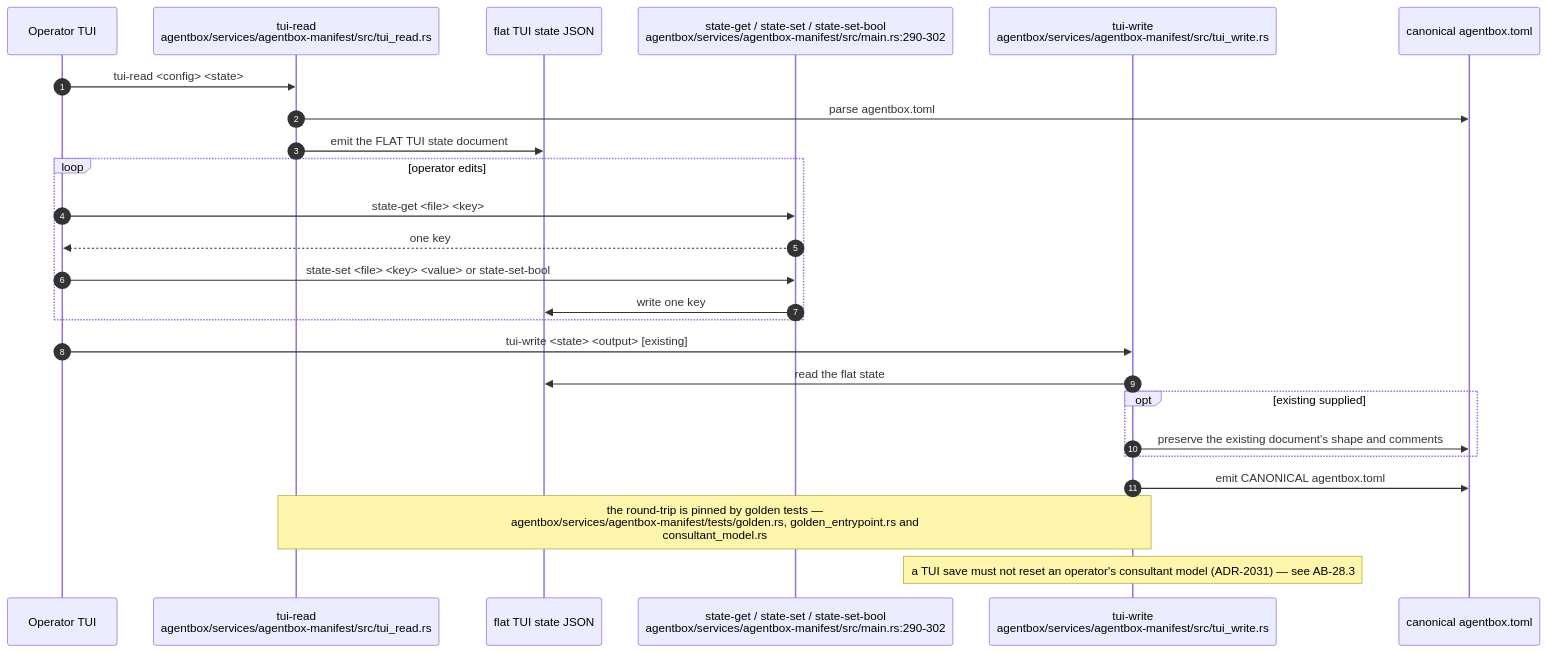
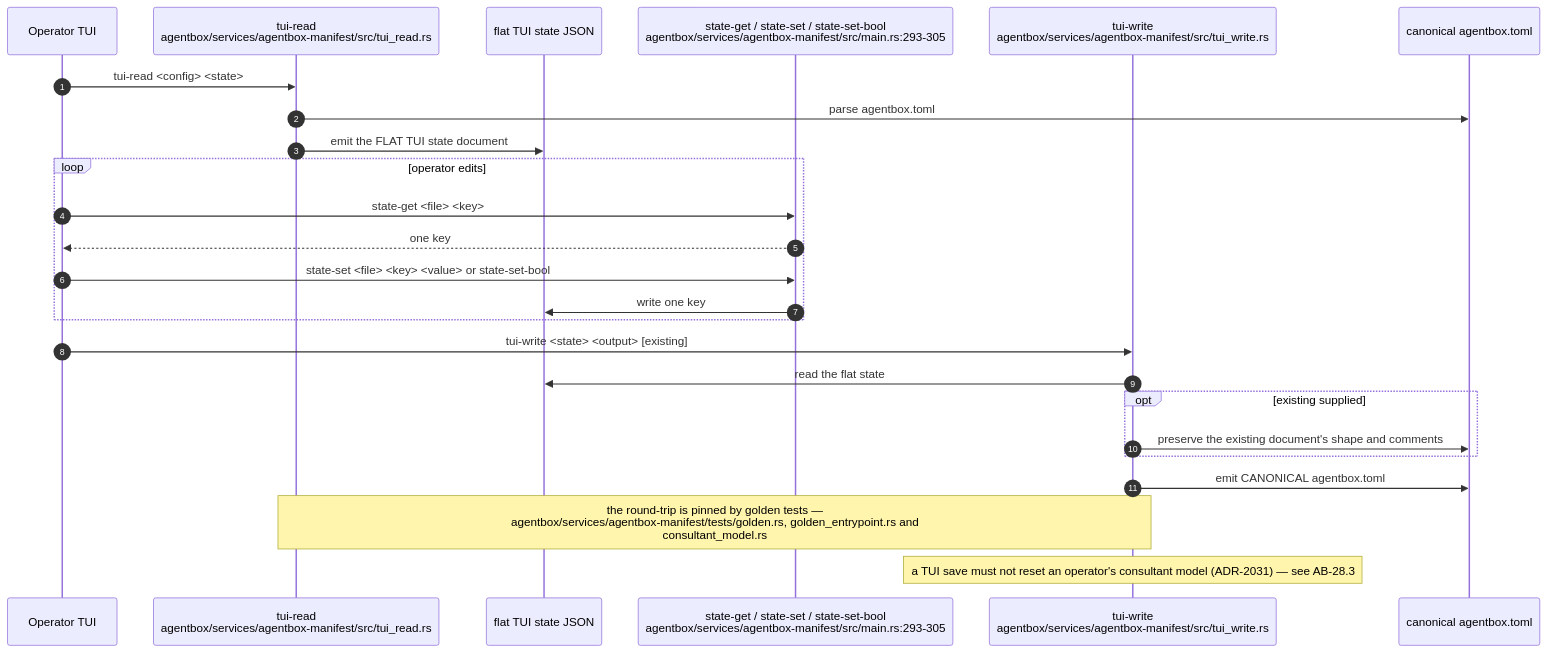
The fourth of 10 diagrams in docs/diagrams/agentbox/28-agentbox-services-and-manifest-binary.md (DreamLab-AI/VisionFlow), drawn with Mermaid before and after one commit. The commit also changed other lines of this file and 151 other files, not shown here.

````diff
--- a/docs/diagrams/agentbox/28-agentbox-services-and-manifest-binary.md
+++ b/docs/diagrams/agentbox/28-agentbox-services-and-manifest-binary.md
@@ -215,28 +215,28 @@
 ```mermaid
 sequenceDiagram
     autonumber
     participant OP as Operator TUI
     participant RD as tui-read<br/>agentbox/services/agentbox-manifest/src/tui_read.rs
     participant STATE as flat TUI state JSON
-    participant GET as state-get / state-set / state-set-bool<br/>agentbox/services/agentbox-manifest/src/main.rs:290-302
+    participant GET as state-get / state-set / state-set-bool<br/>agentbox/services/agentbox-manifest/src/main.rs:293-305
     participant WR as tui-write<br/>agentbox/services/agentbox-manifest/src/tui_write.rs
     participant TOML as canonical agentbox.toml
 
     OP->>RD: tui-read <config> <state>
     RD->>TOML: parse agentbox.toml
     RD->>STATE: emit the FLAT TUI state document
     loop operator edits
         OP->>GET: state-get <file> <key>
         GET-->>OP: one key
         OP->>GET: state-set <file> <key> <value> or state-set-bool
         GET->>STATE: write one key
     end
     OP->>WR: tui-write <state> <output> [existing]
     WR->>STATE: read the flat state
     opt existing supplied
         WR->>TOML: preserve the existing document's shape and comments
     end
     WR->>TOML: emit CANONICAL agentbox.toml
     Note over RD,WR: the round-trip is pinned by golden tests —<br/>agentbox/services/agentbox-manifest/tests/golden.rs, golden_entrypoint.rs and<br/>consultant_model.rs
     Note over WR: a TUI save must not reset an operator's consultant model (ADR-2031) — see AB-28.3
 ```
````
